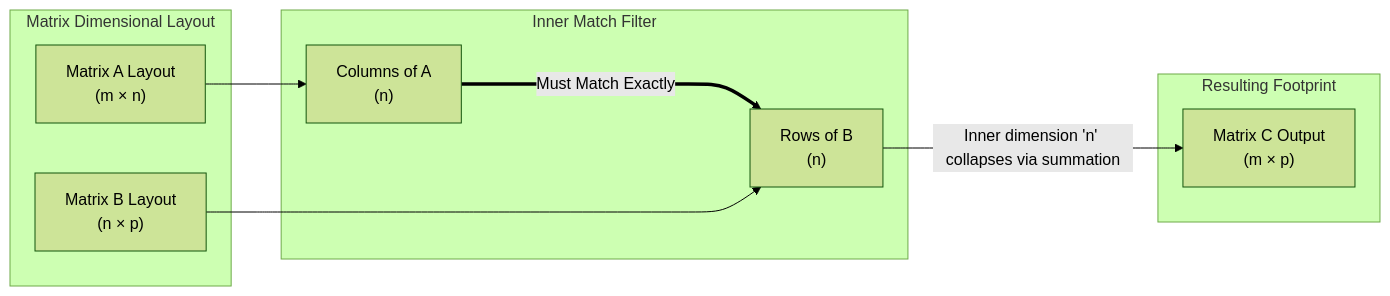
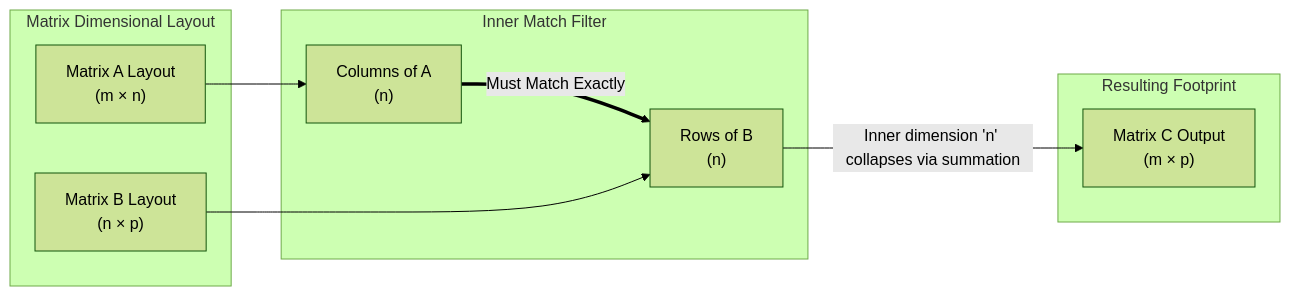
Before and after one commit to jsavinash/artificial-intelligence-study-guide: the first of 2 diagrams in docs/concepts/linear-algebra/matrix-multiply.md, drawn with Mermaid (forest theme). The commit also changed other lines of this file, not shown here.

````diff
--- a/docs/concepts/linear-algebra/matrix-multiply.md
+++ b/docs/concepts/linear-algebra/matrix-multiply.md
@@ -29,21 +31,21 @@
 ```mermaid
 graph LR
     subgraph Input_Space [Matrix Dimensional Layout]
         A["Matrix A Layout<br>(m × n)"]
         B["Matrix B Layout<br>(n × p)"]
     end
 
     subgraph Matching_Engine [Inner Match Filter]
         InnerA["Columns of A<br>(n)"]
         InnerB["Rows of B<br>(n)"]
-        InnerA ====> |"Must Match Exactly"| InnerB
+        InnerA ==>|"Must Match Exactly"| InnerB
     end
 
     subgraph Output_Space [Resulting Footprint]
         C["Matrix C Output<br>(m × p)"]
     end
 
     A --> InnerA
     B --> InnerB
     InnerB --> |"Inner dimension 'n' collapses via summation"| C
 ```
````
